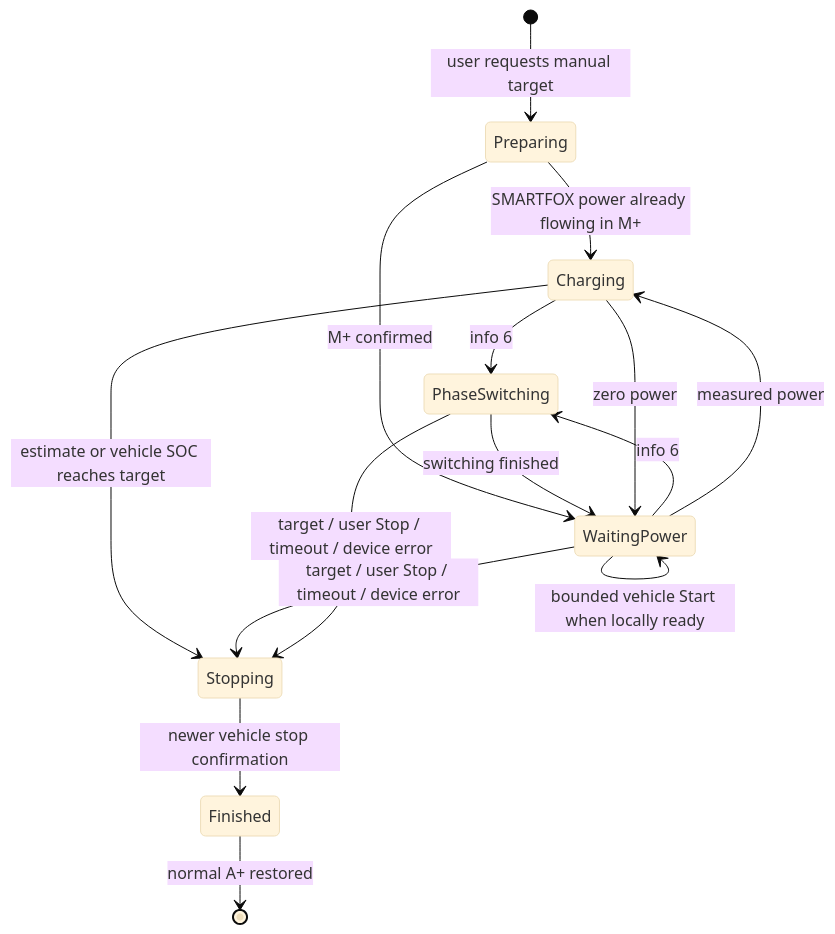
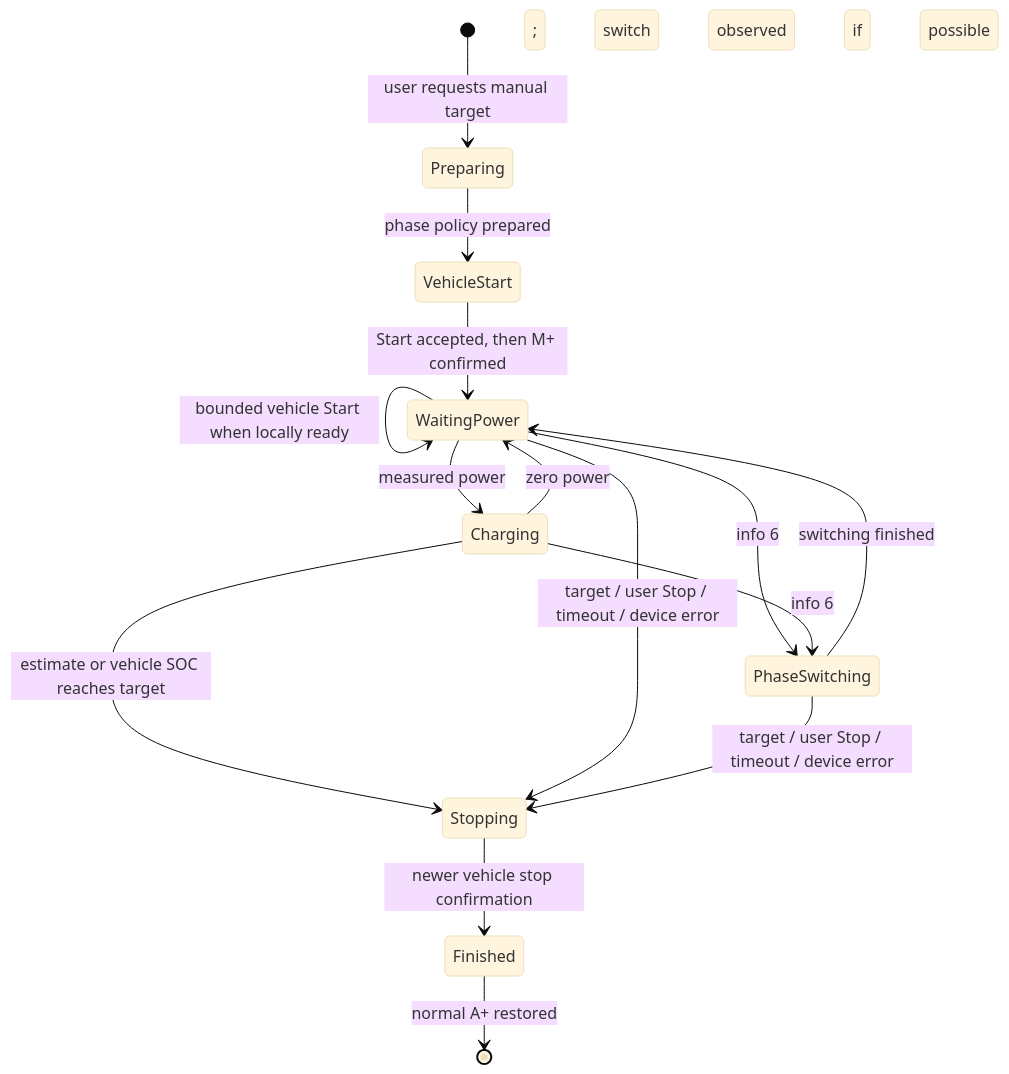
The diagram in MANUAL-CHARGING.md (danielrammer/CitiFoxCharger), drawn with Mermaid (base theme) before and after one commit. The commit also changed other lines of this file and 24 other files, not shown here.

Commit message:
Prepare charging phases before vehicle start and select night policy locally

````diff
--- a/MANUAL-CHARGING.md
+++ b/MANUAL-CHARGING.md
@@ -7,17 +7,17 @@
 ```mermaid
 stateDiagram-v2
     [*] --> Preparing: user requests manual target
-    Preparing --> Charging: SMARTFOX power already flowing in M+
-    Preparing --> WaitingPower: M+ confirmed
+    Preparing --> VehicleStart: phase policy prepared; switch observed if possible
+    VehicleStart --> WaitingPower: Start accepted, then M+ confirmed
     WaitingPower --> PhaseSwitching: info 6
     Charging --> PhaseSwitching: info 6
     PhaseSwitching --> WaitingPower: switching finished
     WaitingPower --> Charging: measured power
     Charging --> WaitingPower: zero power
     WaitingPower --> WaitingPower: bounded vehicle Start when locally ready
     Charging --> Stopping: estimate or vehicle SOC reaches target
     WaitingPower --> Stopping: target / user Stop / timeout / device error
     PhaseSwitching --> Stopping: target / user Stop / timeout / device error
     Stopping --> Finished: newer vehicle stop confirmation
     Finished --> [*]: normal A+ restored
 ```
````
